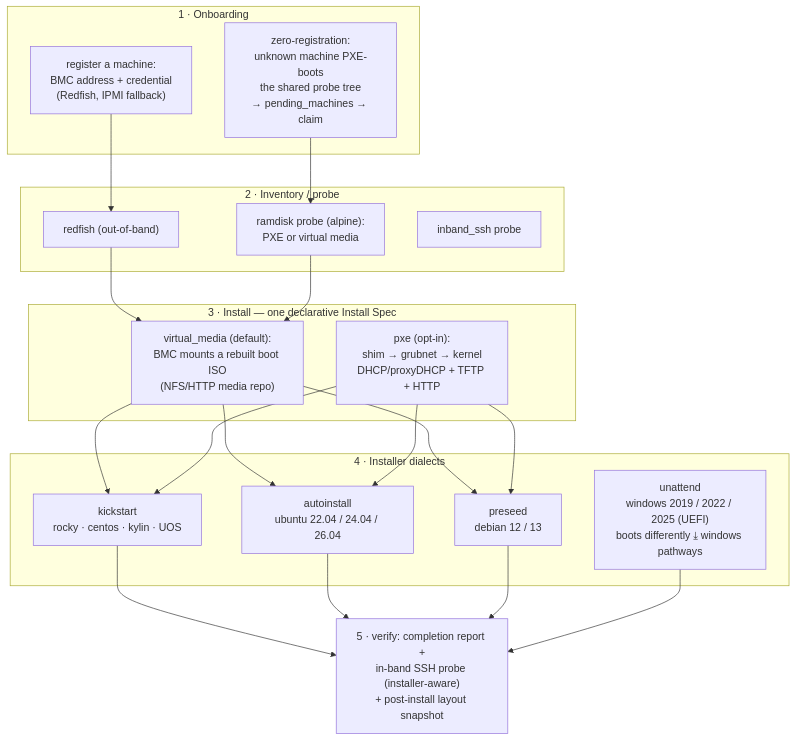
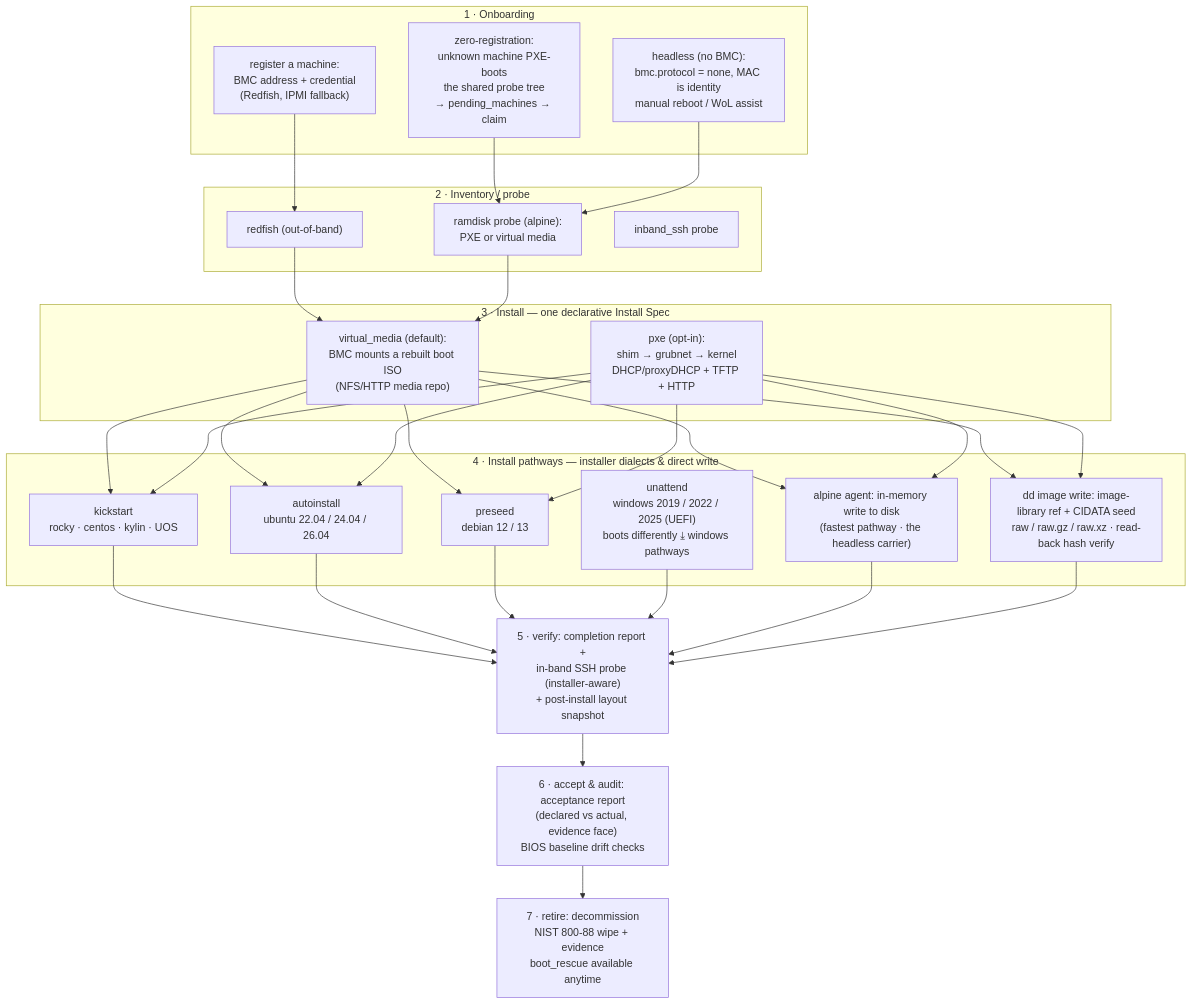
The first of 4 diagrams in README.md (3th1nk/mammoth), drawn with Mermaid before and after one commit. The commit also changed other lines of this file and 12 other files, not shown here.

````diff
--- a/README.md
+++ b/README.md
@@ -108,37 +55,51 @@
 ```mermaid
 flowchart TD
     subgraph ON["1 · Onboarding"]
         reg["register a machine:<br/>BMC address + credential<br/>(Redfish, IPMI fallback)"]
         zr["zero-registration:<br/>unknown machine PXE-boots<br/>the shared probe tree<br/>→ pending_machines → claim"]
+        hl["headless (no BMC):<br/>bmc.protocol = none, MAC is identity<br/>manual reboot / WoL assist"]
     end
     subgraph INV["2 · Inventory / probe"]
         rf["redfish (out-of-band)"]
         ram["ramdisk probe (alpine):<br/>PXE or virtual media"]
         ish["inband_ssh probe"]
     end
     subgraph INS["3 · Install — one declarative Install Spec"]
         vm["virtual_media (default):<br/>BMC mounts a rebuilt boot ISO<br/>(NFS/HTTP media repo)"]
         pxe["pxe (opt-in):<br/>shim → grubnet → kernel<br/>DHCP/proxyDHCP + TFTP + HTTP"]
     end
-    subgraph DIA["4 · Installer dialects"]
+    subgraph DIA["4 · Install pathways — installer dialects & direct write"]
         ks["kickstart<br/>rocky · centos · kylin · UOS"]
         ai["autoinstall<br/>ubuntu 22.04 / 24.04 / 26.04"]
         ps["preseed<br/>debian 12 / 13"]
         wu["unattend<br/>windows 2019 / 2022 / 2025 (UEFI)<br/>boots differently ⤓ windows pathways"]
+        ag["alpine agent: in-memory write to disk<br/>(fastest pathway · the headless carrier)"]
+        dd["dd image write: image-library ref + CIDATA seed<br/>raw / raw.gz / raw.xz · read-back hash verify"]
     end
     ver["5 · verify: completion report +<br/>in-band SSH probe (installer-aware)<br/>+ post-install layout snapshot"]
+    acc["6 · accept & audit: acceptance report<br/>(declared vs actual, evidence face)<br/>BIOS baseline drift checks"]
+    ret["7 · retire: decommission<br/>NIST 800-88 wipe + evidence<br/>boot_rescue available anytime"]
     reg --> rf
     zr --> ram
+    hl --> ram
     rf --> vm
     ram --> vm
     vm --> ks
     vm --> ai
     vm --> ps
     pxe --> ks
     pxe --> ai
     pxe --> ps
+    vm --> ag
+    pxe --> ag
+    vm --> dd
+    pxe --> dd
     ks --> ver
     ai --> ver
     ps --> ver
     wu --> ver
+    ag --> ver
+    dd --> ver
+    ver --> acc
+    acc --> ret
 ```
````
